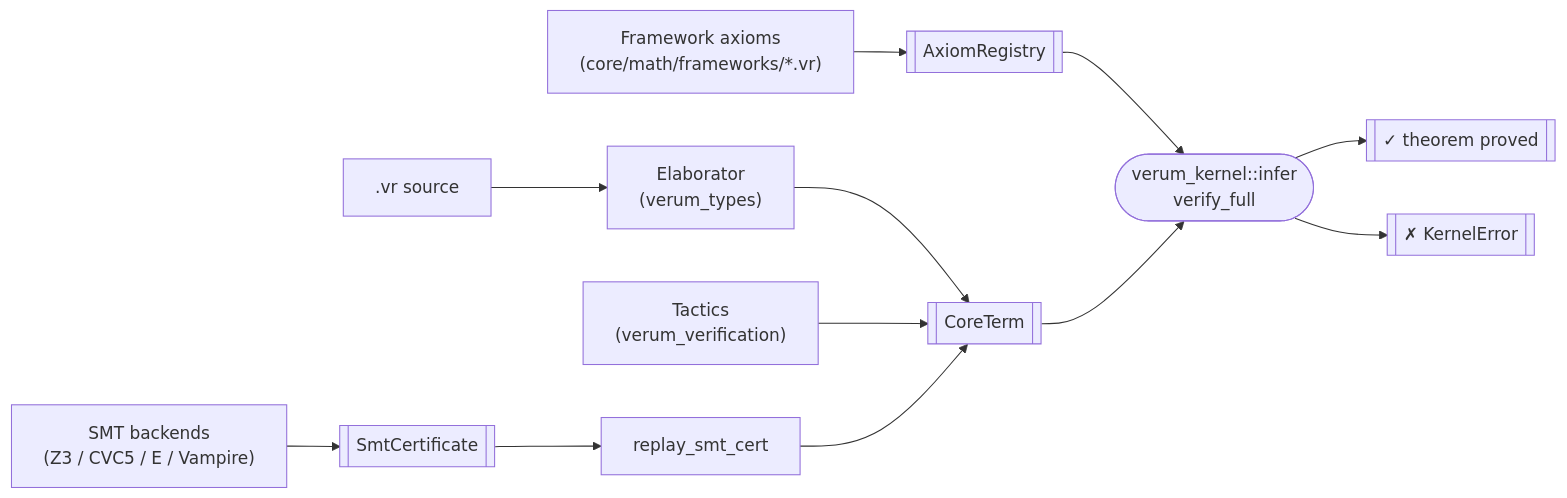
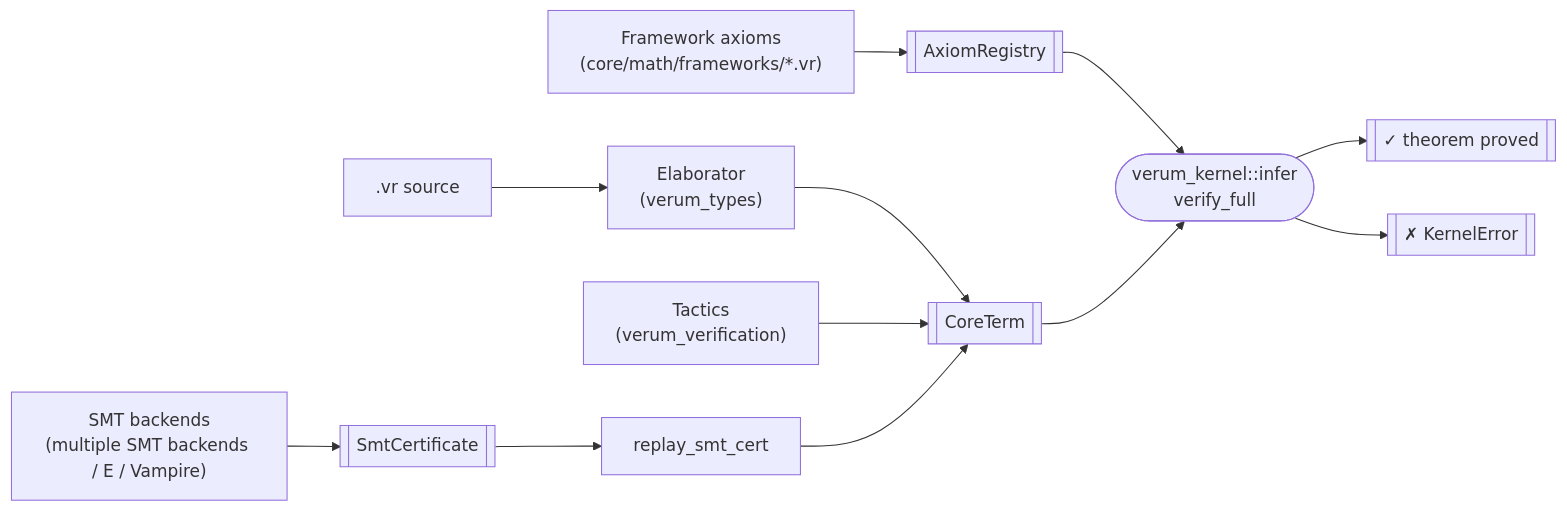
The diagram in docs/architecture/trusted-kernel.md (verum-lang/website), drawn with Mermaid before and after one commit. The commit also changed other lines of this file and 99 other files, not shown here.

````diff
--- a/docs/architecture/trusted-kernel.md
+++ b/docs/architecture/trusted-kernel.md
@@ -24,14 +24,14 @@
 ```mermaid
 flowchart LR
     SRC[".vr source"] --> EL["Elaborator<br/>(verum_types)"]
     EL --> CT[["CoreTerm"]]
     TAC["Tactics<br/>(verum_verification)"] --> CT
-    SMT["SMT backends<br/>(Z3 / CVC5 / E / Vampire)"] --> CERT[["SmtCertificate"]]
+    SMT["SMT backends<br/>(multiple SMT backends / E / Vampire)"] --> CERT[["SmtCertificate"]]
     CERT --> REPLAY["replay_smt_cert"]
     REPLAY --> CT
     FW["Framework axioms<br/>(core/math/frameworks/*.vr)"] --> REG[["AxiomRegistry"]]
     REG --> KR(["verum_kernel::infer<br/>verify_full"])
     CT --> KR
     KR --> OK[["✓ theorem proved"]]
     KR --> ERR[["✗ KernelError"]]
 ```
````
